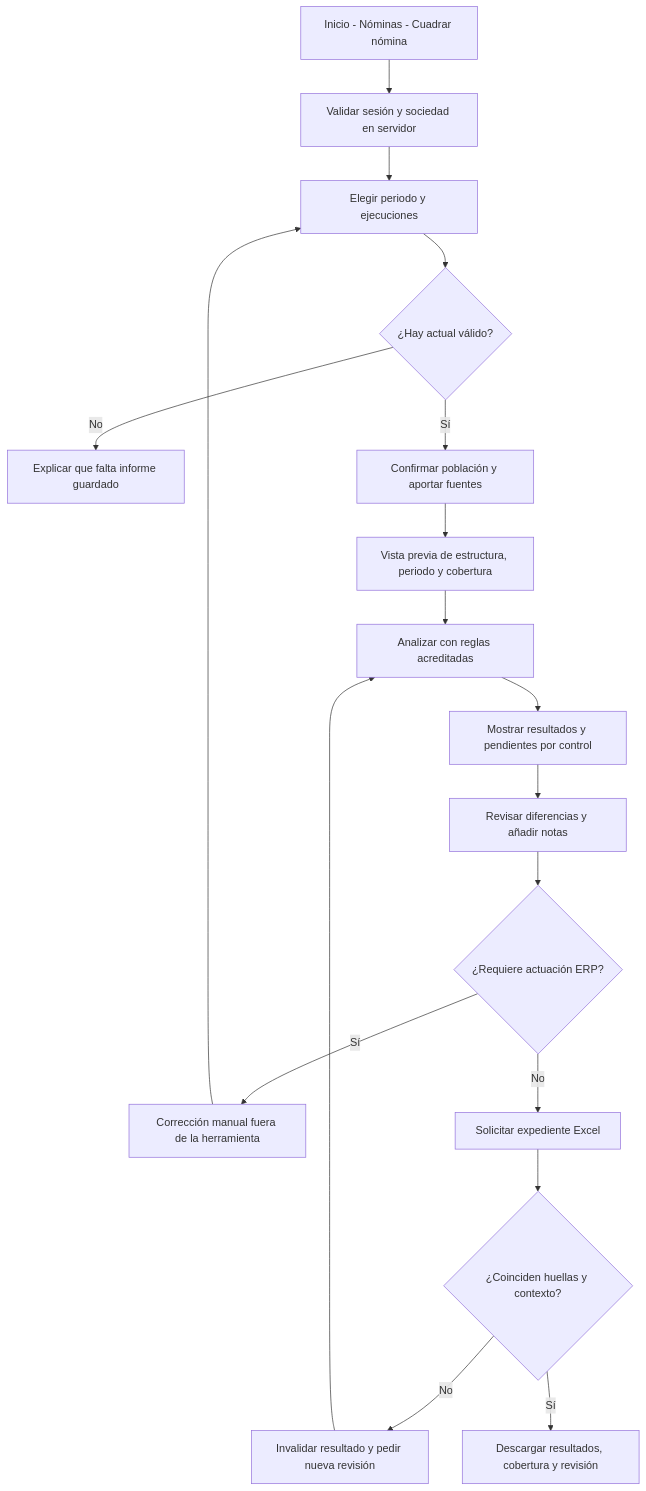
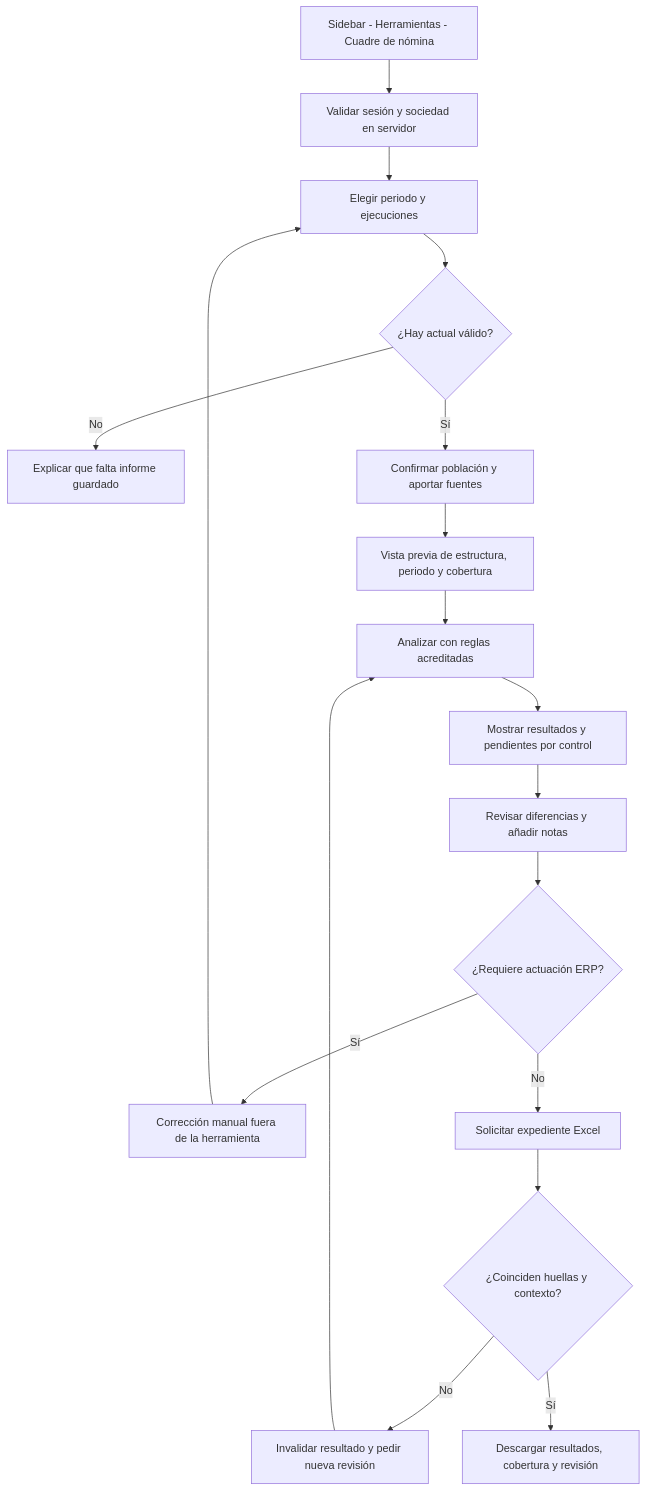
Before and after one commit to erpereh/powermeta4: the second of 5 diagrams in docs/automatizacion-reunion/WORKFLOW.md, drawn with Mermaid. The commit also changed other lines of this file and 12 other files, not shown here.

````diff
--- a/docs/automatizacion-reunion/WORKFLOW.md
+++ b/docs/automatizacion-reunion/WORKFLOW.md
@@ -32,20 +32,20 @@
 ```mermaid
 flowchart TD
-  A[Inicio - Nóminas - Cuadrar nómina] --> B[Validar sesión y sociedad en servidor]
+  A[Sidebar - Herramientas - Cuadre de nómina] --> B[Validar sesión y sociedad en servidor]
   B --> C[Elegir periodo y ejecuciones]
   C --> D{¿Hay actual válido?}
   D -->|No| E[Explicar que falta informe guardado]
   D -->|Sí| F[Confirmar población y aportar fuentes]
   F --> G[Vista previa de estructura, periodo y cobertura]
   G --> H[Analizar con reglas acreditadas]
   H --> I[Mostrar resultados y pendientes por control]
   I --> J[Revisar diferencias y añadir notas]
   J --> K{¿Requiere actuación ERP?}
   K -->|Sí| L[Corrección manual fuera de la herramienta]
   L --> C
   K -->|No| M[Solicitar expediente Excel]
   M --> N{¿Coinciden huellas y contexto?}
   N -->|No| O[Invalidar resultado y pedir nueva revisión]
   O --> H
   N -->|Sí| P[Descargar resultados, cobertura y revisión]
 ```
````
